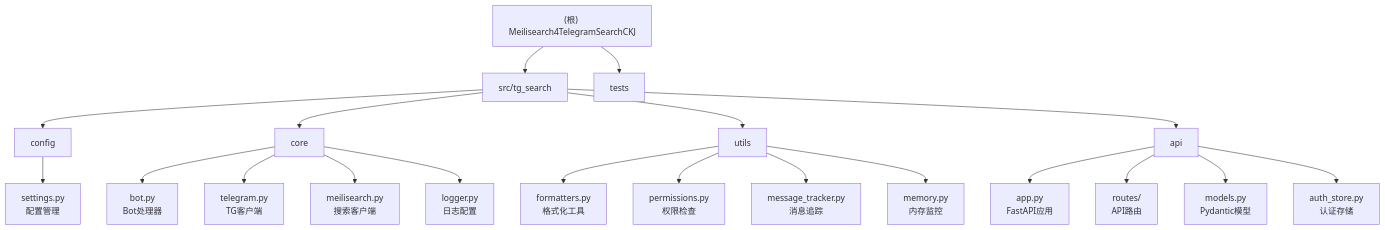
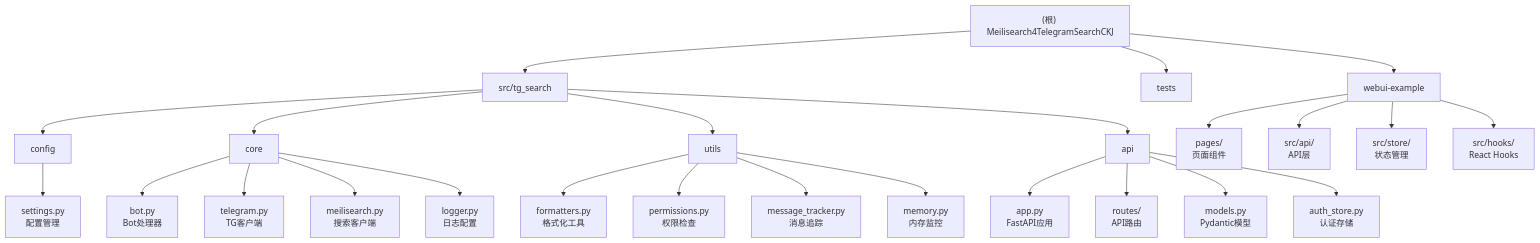
The second of 2 diagrams in CLAUDE.md (clionertr/Meilisearch4TelegramSearchCKJ), drawn with Mermaid before and after one commit. The commit also changed other lines of this file and 2 other files, not shown here.

Commit message:
feat: 更新项目文档，新增 webui-example 模块文档并更新统计信息

````diff
--- a/CLAUDE.md
+++ b/CLAUDE.md
@@ -106,29 +107,35 @@
 ```mermaid
 graph TD
     A["(根) Meilisearch4TelegramSearchCKJ"] --> B["src/tg_search"];
     B --> C["config"];
     B --> D["core"];
     B --> E["utils"];
     B --> G["api"];
     A --> F["tests"];
+    A --> H["webui-example"];
 
     C --> C1["settings.py<br/>配置管理"];
     D --> D1["bot.py<br/>Bot处理器"];
     D --> D2["telegram.py<br/>TG客户端"];
     D --> D3["meilisearch.py<br/>搜索客户端"];
     D --> D4["logger.py<br/>日志配置"];
     E --> E1["formatters.py<br/>格式化工具"];
     E --> E2["permissions.py<br/>权限检查"];
     E --> E3["message_tracker.py<br/>消息追踪"];
     E --> E4["memory.py<br/>内存监控"];
     G --> G1["app.py<br/>FastAPI应用"];
     G --> G2["routes/<br/>API路由"];
     G --> G3["models.py<br/>Pydantic模型"];
     G --> G4["auth_store.py<br/>认证存储"];
+    H --> H1["pages/<br/>页面组件"];
+    H --> H2["src/api/<br/>API层"];
+    H --> H3["src/store/<br/>状态管理"];
+    H --> H4["src/hooks/<br/>React Hooks"];
 
     click C "./src/tg_search/config/CLAUDE.md" "查看 config 模块文档"
     click D "./src/tg_search/core/CLAUDE.md" "查看 core 模块文档"
     click E "./src/tg_search/utils/CLAUDE.md" "查看 utils 模块文档"
     click G "./src/tg_search/api/CLAUDE.md" "查看 api 模块文档"
     click F "./tests/CLAUDE.md" "查看 tests 模块文档"
+    click H "./webui-example/CLAUDE.md" "查看 webui-example 模块文档"
 ```
````
